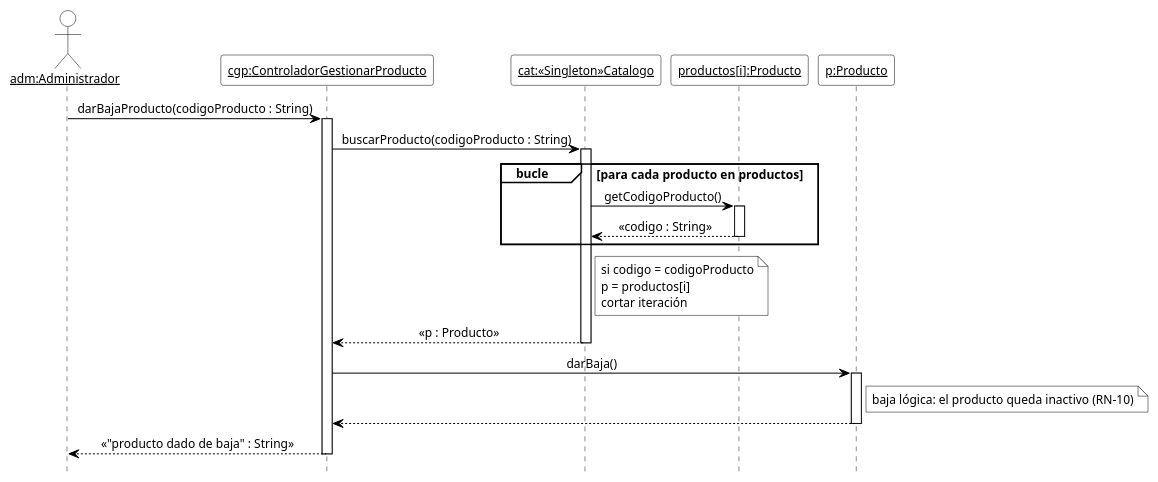
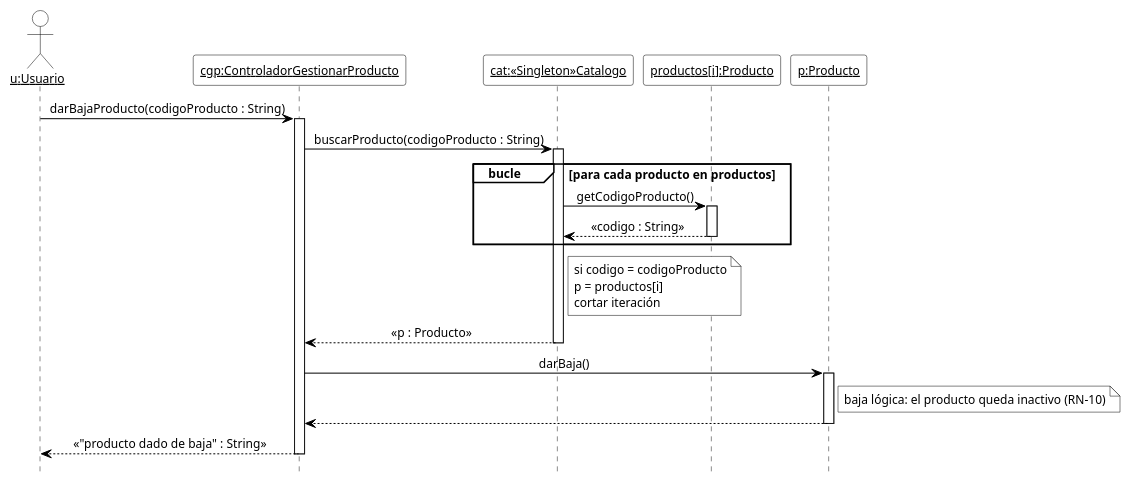
Before and after one commit to cirotop/Stock-Project: the ninth of 18 diagrams in 08-Diagrama De Secuencia/Diagramas_de_Secuencia.md, drawn with PlantUML. The commit also changed other lines of this file and 36 other files, not shown here.

````diff
--- a/08-Diagrama De Secuencia/Diagramas_de_Secuencia.md
+++ b/08-Diagrama De Secuencia/Diagramas_de_Secuencia.md
@@ -591,49 +591,49 @@
 ```plantuml
 @startuml DSD_CU-04_darBajaProducto
 ' Diagrama de Secuencia de Diseño (DSD) - CU-04 Gestionar producto - darBajaProducto
 ' Estilo de los ejemplos de la teoría (introducirArticulo / crearNuevaVenta).
 hide footbox
 skinparam shadowing false
 skinparam defaultFontName Arial
 skinparam defaultFontSize 12
 skinparam sequenceMessageAlign center
 skinparam ArrowColor black
 skinparam ParticipantBackgroundColor white
 skinparam ParticipantBorderColor black
 skinparam CollectionsBackgroundColor white
 skinparam CollectionsBorderColor black
 skinparam ActorBackgroundColor white
 skinparam ActorBorderColor black
 skinparam LifeLineBorderColor black
 skinparam LifeLineBackgroundColor white
 skinparam SequenceGroupBackgroundColor white
 skinparam SequenceGroupBorderColor black
 skinparam SequenceGroupHeaderFontColor black
 skinparam NoteBackgroundColor white
 skinparam NoteBorderColor black
 
-actor "<u>adm:Administrador</u>" as adm
+actor "<u>u:Usuario</u>" as u
 participant "<u>cgp:ControladorGestionarProducto</u>" as cgp
 participant "<u>cat:«Singleton»Catalogo</u>" as cat
 participant "<u>productos[i]:Producto</u>" as pi
 participant "<u>p:Producto</u>" as p
 
-adm -> cgp ++ : darBajaProducto(codigoProducto : String)
+u -> cgp ++ : darBajaProducto(codigoProducto : String)
 cgp -> cat ++ : buscarProducto(codigoProducto : String)
 group bucle [para cada producto en productos]
   cat -> pi ++ : getCodigoProducto()
   pi --> cat -- : «codigo : String»
 end
 note right of cat
   si codigo = codigoProducto
   p = productos[i]
   cortar iteración
 end note
 cat --> cgp -- : «p : Producto»
 cgp -> p ++ : darBaja()
 note right of p : baja lógica: el producto queda inactivo (RN-10)
 p --> cgp --
-cgp --> adm -- : «"producto dado de baja" : String»
+cgp --> u -- : «"producto dado de baja" : String»
 
 @enduml
 ```
````
